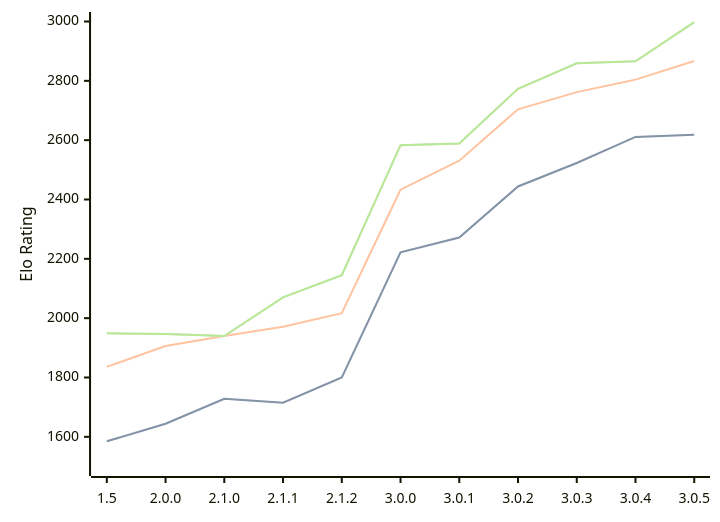
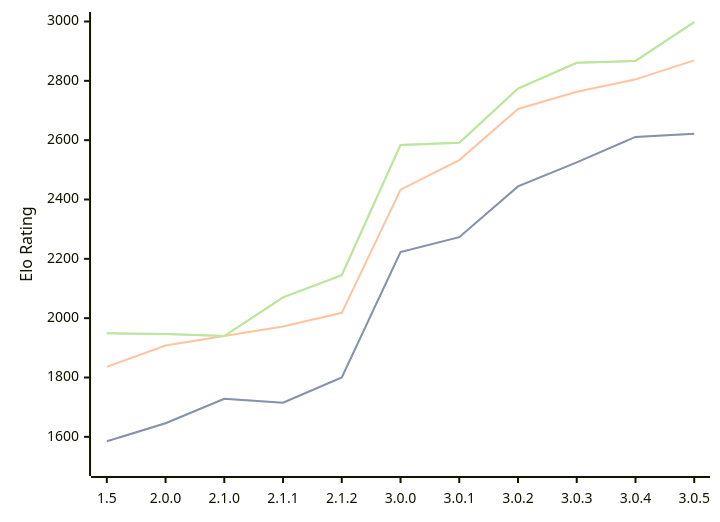
One commit to computer-chess-index/cci changed the diagram in engines/Rudim.md. Above: the diagram before and after it, drawn with Mermaid. The commit also changed other lines of this file, not shown here.

Commit message:
Update CCI Ratings (ELO VLTC) - 2026-07-23

````diff
--- a/engines/Rudim.md
+++ b/engines/Rudim.md
@@ -50,11 +50,11 @@
 ```mermaid
 %%{init: {"theme":"base","themeVariables":{"seriesColors:['#a3a3a3','#222221','#faa371']}}}%%
 xychart-beta
   x-axis ["1.5", "2.0.0", "2.1.0", "2.1.1", "2.1.2", "3.0.0", "3.0.1", "3.0.2", "3.0.3", "3.0.4", "3.0.5"]
   y-axis "Elo Rating" 1500 --> 3000
-  line "STC (8.0+0.08s)" [1585, 1644, 1728, 1715, 1800, 2222, 2272, 2444, 2523, 2611, 2618]
-  line "STC (8.0+0.08s)" [1585, 1644, 1728, 1715, 1800, 2222, 2272, 2444, 2523, 2611, 2618]
-  line "LTC (60.0+0.60s)" [1836, 1906, 1940, 1971, 2017, 2433, 2531, 2704, 2762, 2804, 2867]
-  line "VLTC (2m24s+1.12s)" [1949, 1947, 1940, 2070, 2145, 2583, 2589, 2773, 2859, 2866, 2998]
-  line "VLTC (2m24s+1.12s)" [1949, 1947, 1940, 2070, 2145, 2583, 2589, 2773, 2859, 2866, 2998]
+  line "STC (8.0+0.08s)" [1585, 1646, 1728, 1715, 1800, 2223, 2273, 2444, 2525, 2611, 2622]
+  line "STC (8.0+0.08s)" [1585, 1646, 1728, 1715, 1800, 2223, 2273, 2444, 2525, 2611, 2622]
+  line "LTC (60.0+0.60s)" [1836, 1908, 1940, 1972, 2018, 2433, 2533, 2705, 2763, 2805, 2869]
+  line "VLTC (2m24s+1.12s)" [1949, 1947, 1940, 2070, 2145, 2584, 2591, 2774, 2861, 2867, 2998]
+  line "VLTC (2m24s+1.12s)" [1949, 1947, 1940, 2070, 2145, 2584, 2591, 2774, 2861, 2867, 2998]
 ```
````
